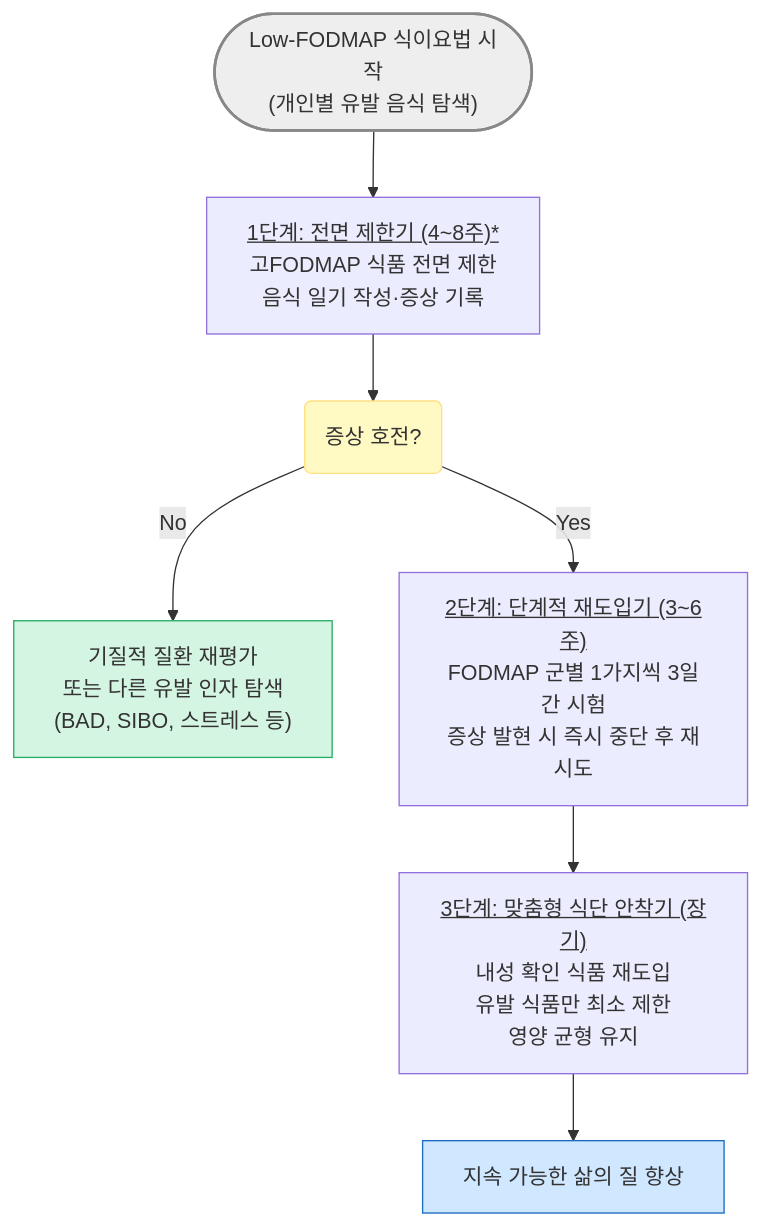
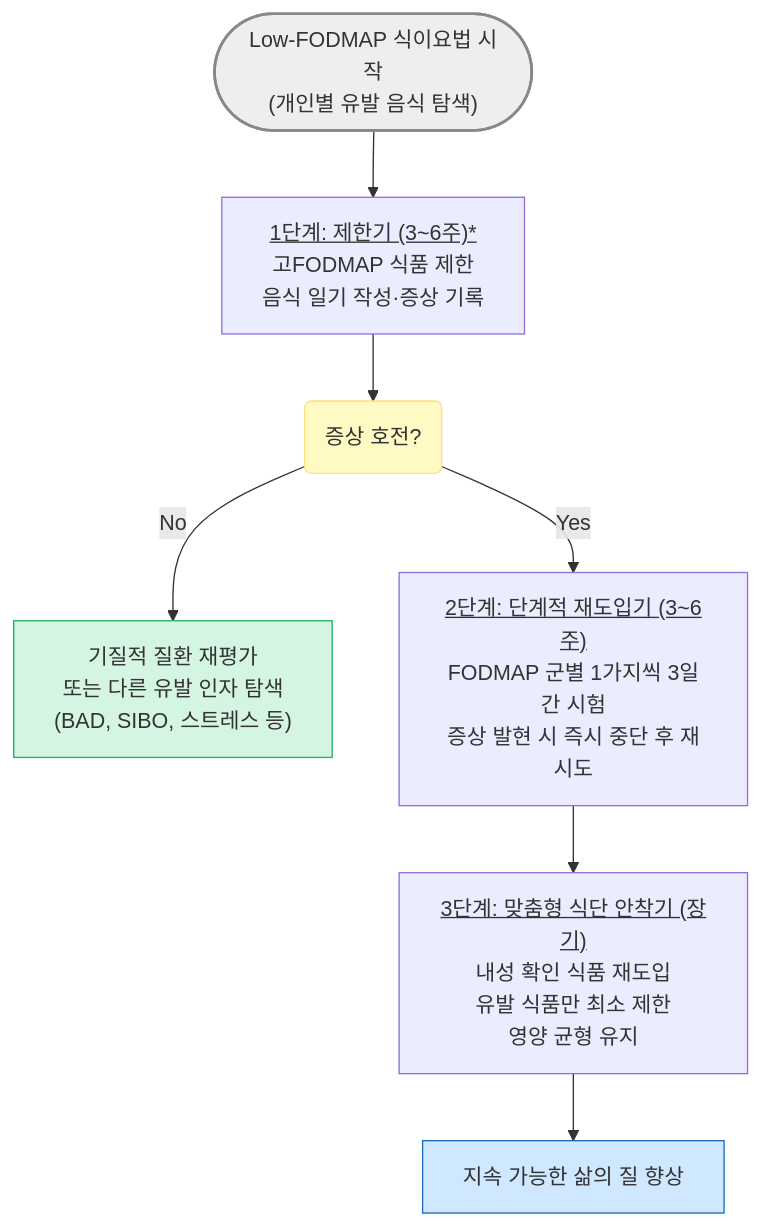
Before and after one commit to familyoh77/familyoh77: the second of 2 diagrams in 224_/087_-irritable-bowel-syndrome.md, drawn with Mermaid. The commit also changed other lines of this file and 15 other files, not shown here.

````diff
--- a/224_/087_-irritable-bowel-syndrome.md
+++ b/224_/087_-irritable-bowel-syndrome.md
@@ -228,24 +235,24 @@
 ```mermaid
 graph TD
     Start(["Low-FODMAP 식이요법 시작<br>(개인별 유발 음식 탐색)"])
-    P1["<u>1단계: 전면 제한기 (4~8주)*</u><br>고FODMAP 식품 전면 제한<br>음식 일기 작성·증상 기록"]
+    P1["<u>1단계: 제한기 (3~6주)*</u><br>고FODMAP 식품 제한<br>음식 일기 작성·증상 기록"]
     Cond1("증상 호전?")
     P1_Fail["기질적 질환 재평가<br>또는 다른 유발 인자 탐색<br>(BAD, SIBO, 스트레스 등)"]
     P2["<u>2단계: 단계적 재도입기 (3~6주)</u><br>FODMAP 군별 1가지씩 3일간 시험<br>증상 발현 시 즉시 중단 후 재시도"]
     P3["<u>3단계: 맞춤형 식단 안착기 (장기)</u><br>내성 확인 식품 재도입<br>유발 식품만 최소 제한<br>영양 균형 유지"]
     End2["지속 가능한 삶의 질 향상"]
 
     Start --> P1
     P1 --> Cond1
     Cond1 -- "No" --> P1_Fail
     Cond1 -- "Yes" --> P2
     P2 --> P3
     P3 --> End2
 
 style Start fill:#eeeeee,stroke:#888888,stroke-width:2px
 classDef yellow fill:#fff9c4,stroke:#ffe082
 class Cond1 yellow
 classDef blue fill:#d0e8ff,stroke:#1a6abf
 class End2 blue
 style P1_Fail fill:#d5f5e3,stroke:#27ae60
 ```
````
